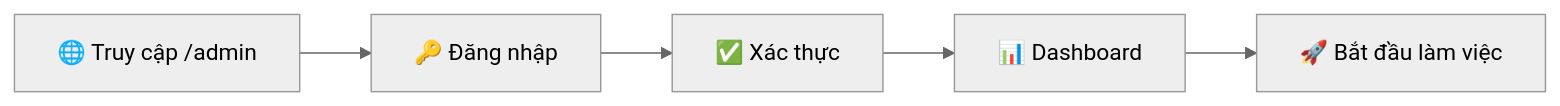
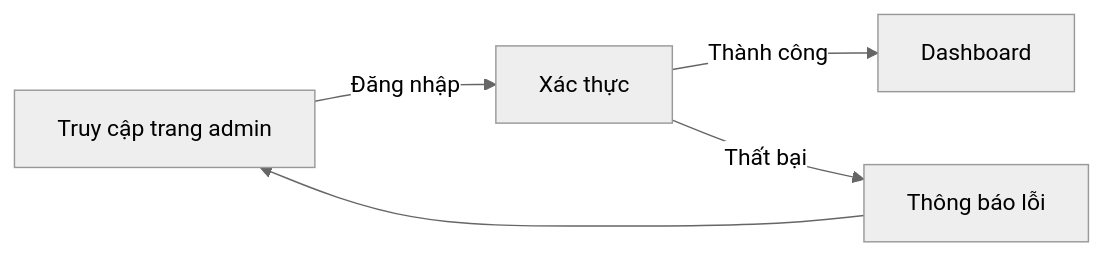
One commit to toantran00/BTTH_12 changed the fifth of 17 diagrams in README.md. Above: the diagram before and after it, drawn with Mermaid (neutral theme). The commit also changed other lines of this file, not shown here.

````diff
--- a/README.md
+++ b/README.md
@@ -143,7 +225,7 @@
 ```mermaid
-flowchart LR
-    A[🌐 Truy cập /admin] --> B[🔑 Đăng nhập]
-    B --> C[✅ Xác thực]
-    C --> D[📊 Dashboard]
-    D --> E[🚀 Bắt đầu làm việc]
+graph LR
+    A[Truy cập trang admin] -->|Đăng nhập| B[Xác thực]
+    B -->|Thành công| C[Dashboard]
+    B -->|Thất bại| D[Thông báo lỗi]
+    D --> A
 ```
````
